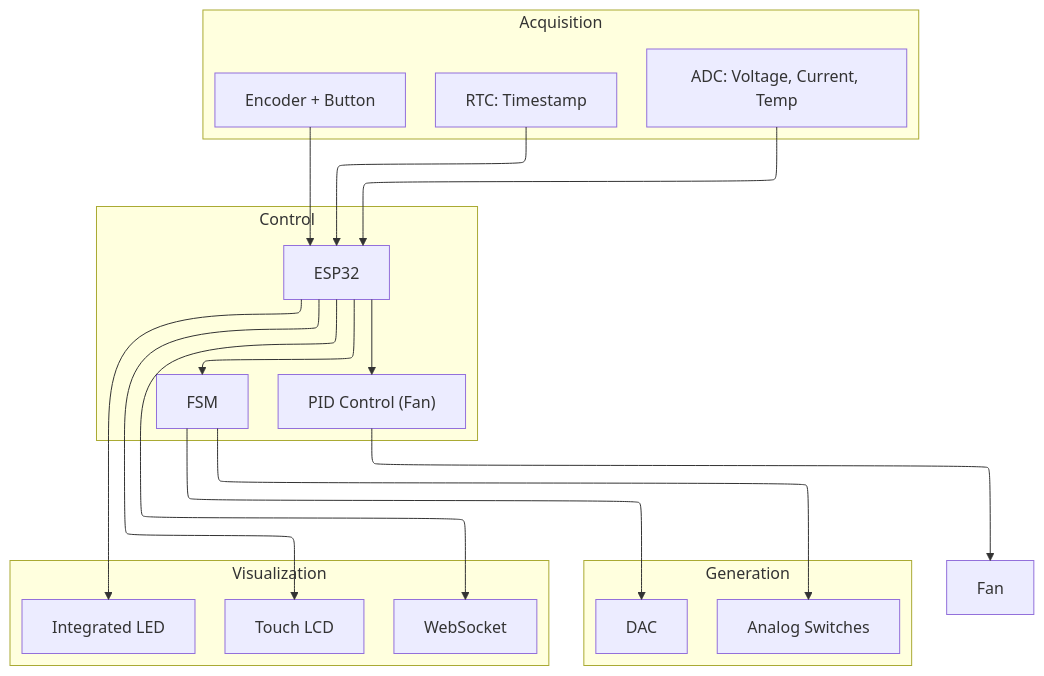
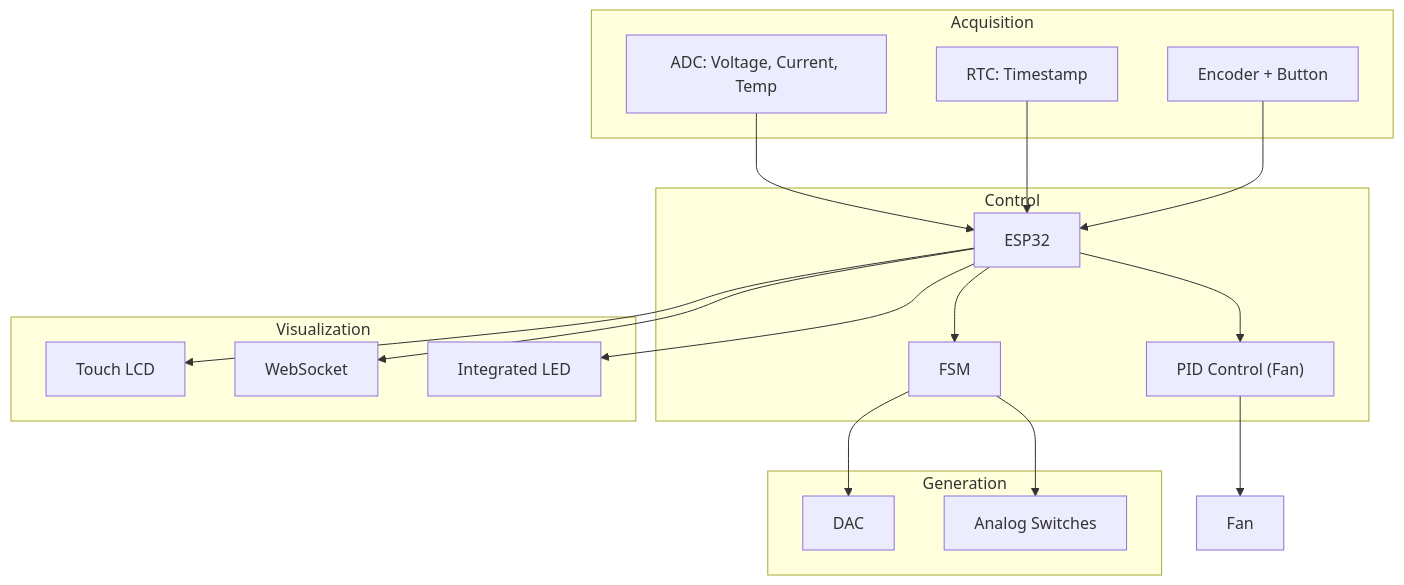
One commit to lucas-vidmar/electronic-load changed the diagram in docs/index.md. Above: the diagram before and after it, drawn with Mermaid. The commit also changed other lines of this file, not shown here.

````diff
--- a/docs/index.md
+++ b/docs/index.md
@@ -69,29 +69,28 @@
 ```mermaid
-%%{ init: { "flowchart": { "defaultRenderer": "elk" } } }%%
 flowchart TD
  subgraph s1["Acquisition"]
         ADC["ADC: Voltage, Current, Temp"]
         RTC["RTC: Timestamp"]
         Enc["Encoder + Button"]
   end
  subgraph Control["Control"]
         MCU["ESP32"]
         FSM["FSM"]
         PID["PID Control (Fan)"]
   end
  subgraph s2["Generation"]
         DAC["DAC"]
         SW["Analog Switches"]
   end
  subgraph s3["Visualization"]
         LCD["Touch LCD"]
         WS["WebSocket"]
         LED["Integrated LED"]
   end
     ADC --> MCU
     RTC --> MCU
     Enc --> MCU
     MCU --> FSM & PID & LCD & WS & LED
     FSM --> DAC & SW
     PID --> FAN["Fan"]
 ```
````
